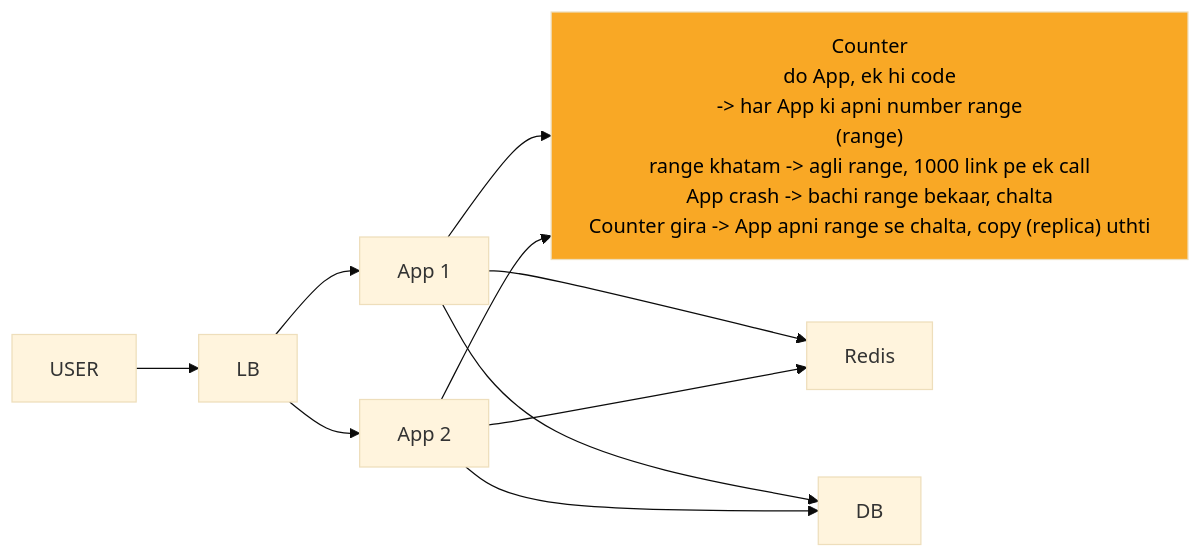
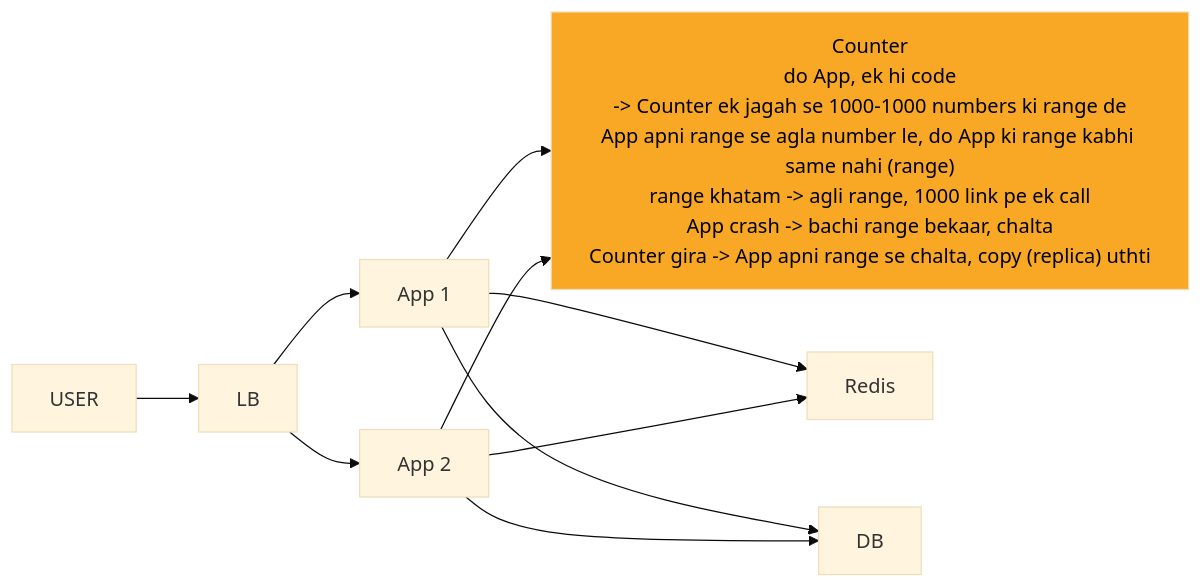
The fourth of 10 diagrams in 04_HLD/SYSTEM_DESIGNS/01_url_shortener/01_url_shortener.md (ArpanMaheshwari144/Prep), drawn with Mermaid (base theme) before and after one commit. The commit also changed other lines of this file and 13 other files, not shown here.

````diff
--- a/04_HLD/SYSTEM_DESIGNS/01_url_shortener/01_url_shortener.md
+++ b/04_HLD/SYSTEM_DESIGNS/01_url_shortener/01_url_shortener.md
@@ -188,21 +188,21 @@
 ```mermaid
 %%{init: {"flowchart": {"wrappingWidth": 450}}}%%
 flowchart LR
     n_USER["USER"]
     n_LB["LB"]
     n_App_x_N_1["App 1"]
     n_App_x_N_2["App 2"]
-    n_Counter["Counter<br/>do App, ek hi code<br/>-> har App ki apni number range<br/>(range)<br/>range khatam -> agli range, 1000 link pe ek call<br/>App crash -> bachi range bekaar, chalta<br/>Counter gira -> App apni range se chalta, copy (replica) uthti"]
+    n_Counter["Counter<br/>do App, ek hi code<br/>-> Counter ek jagah se 1000-1000 numbers ki range de<br/>App apni range se agla number le, do App ki range kabhi same nahi (range)<br/>range khatam -> agli range, 1000 link pe ek call<br/>App crash -> bachi range bekaar, chalta<br/>Counter gira -> App apni range se chalta, copy (replica) uthti"]
     n_Redis["Redis"]
     n_DB["DB"]
     n_USER --> n_LB
     n_LB --> n_App_x_N_1
     n_LB --> n_App_x_N_2
     n_App_x_N_1 --> n_Counter
     n_App_x_N_2 --> n_Counter
     n_App_x_N_1 --> n_Redis
     n_App_x_N_2 --> n_Redis
     n_App_x_N_1 --> n_DB
     n_App_x_N_2 --> n_DB
     style n_Counter fill:#f9a825,color:#000
 ```
````
